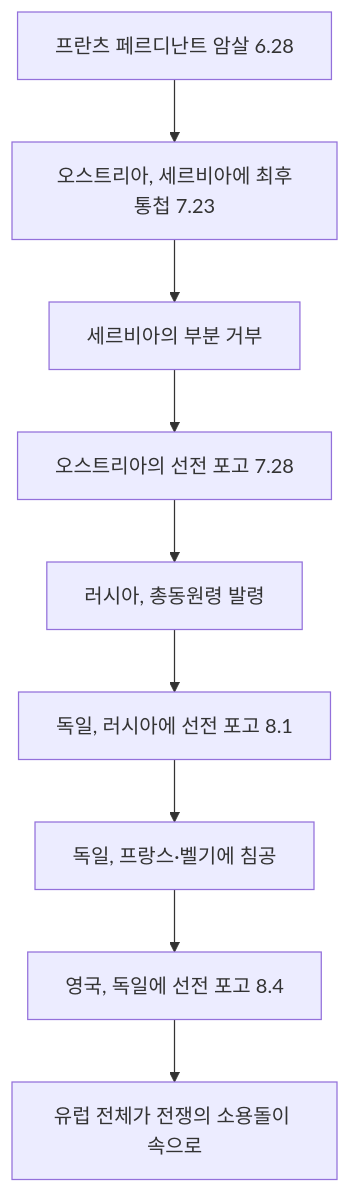
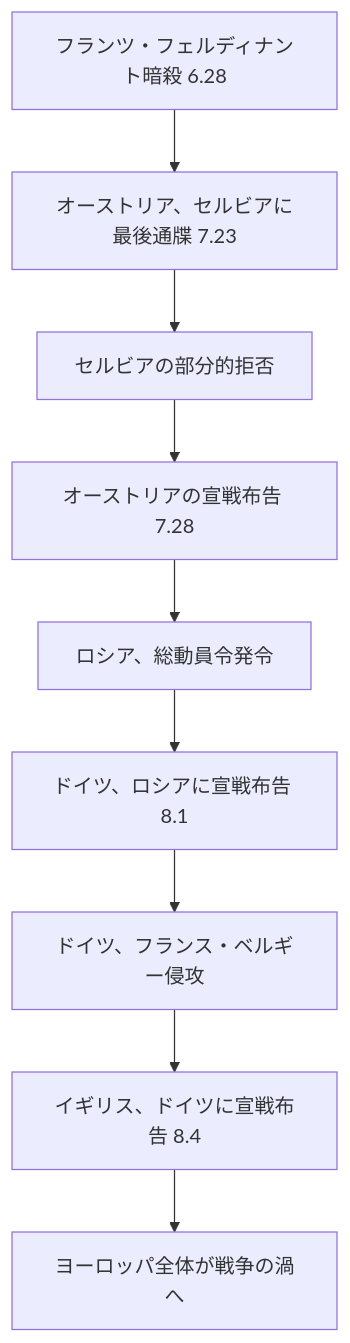
The diagram in src/content/blog/ja/education-history-everywhere-ch8.mdx (yuli3/wiki-oiyo), drawn with Mermaid before and after one commit. The commit also changed other lines of this file and 427 other files, not shown here.

````diff
--- a/src/content/blog/ja/education-history-everywhere-ch8.mdx
+++ b/src/content/blog/ja/education-history-everywhere-ch8.mdx
@@ -52,11 +50,11 @@
 ```mermaid
 graph TD
-    A[프란츠 페르디난트 암살 6.28] --> B[오스트리아, 세르비아에 최후통첩 7.23]
-    B --> C[세르비아의 부분 거부]
-    C --> D[오스트리아의 선전 포고 7.28]
-    D --> E[러시아, 총동원령 발령]
-    E --> F[독일, 러시아에 선전 포고 8.1]
-    F --> G[독일, 프랑스·벨기에 침공]
-    G --> H[영국, 독일에 선전 포고 8.4]
-    H --> I[유럽 전체가 전쟁의 소용돌이 속으로]
+    A[フランツ・フェルディナント暗殺 6.28] --> B[オーストリア、セルビアに最後通牒 7.23]
+    B --> C[セルビアの部分的拒否]
+    C --> D[オーストリアの宣戦布告 7.28]
+    D --> E[ロシア、総動員令発令]
+    E --> F[ドイツ、ロシアに宣戦布告 8.1]
+    F --> G[ドイツ、フランス・ベルギー侵攻]
+    G --> H[イギリス、ドイツに宣戦布告 8.4]
+    H --> I[ヨーロッパ全体が戦争の渦へ]
 ```
````
